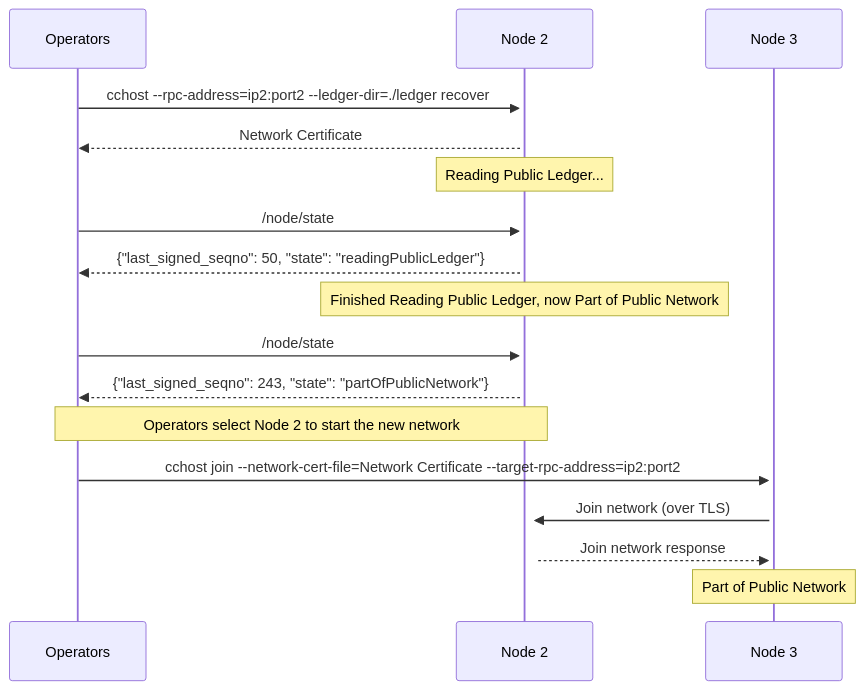
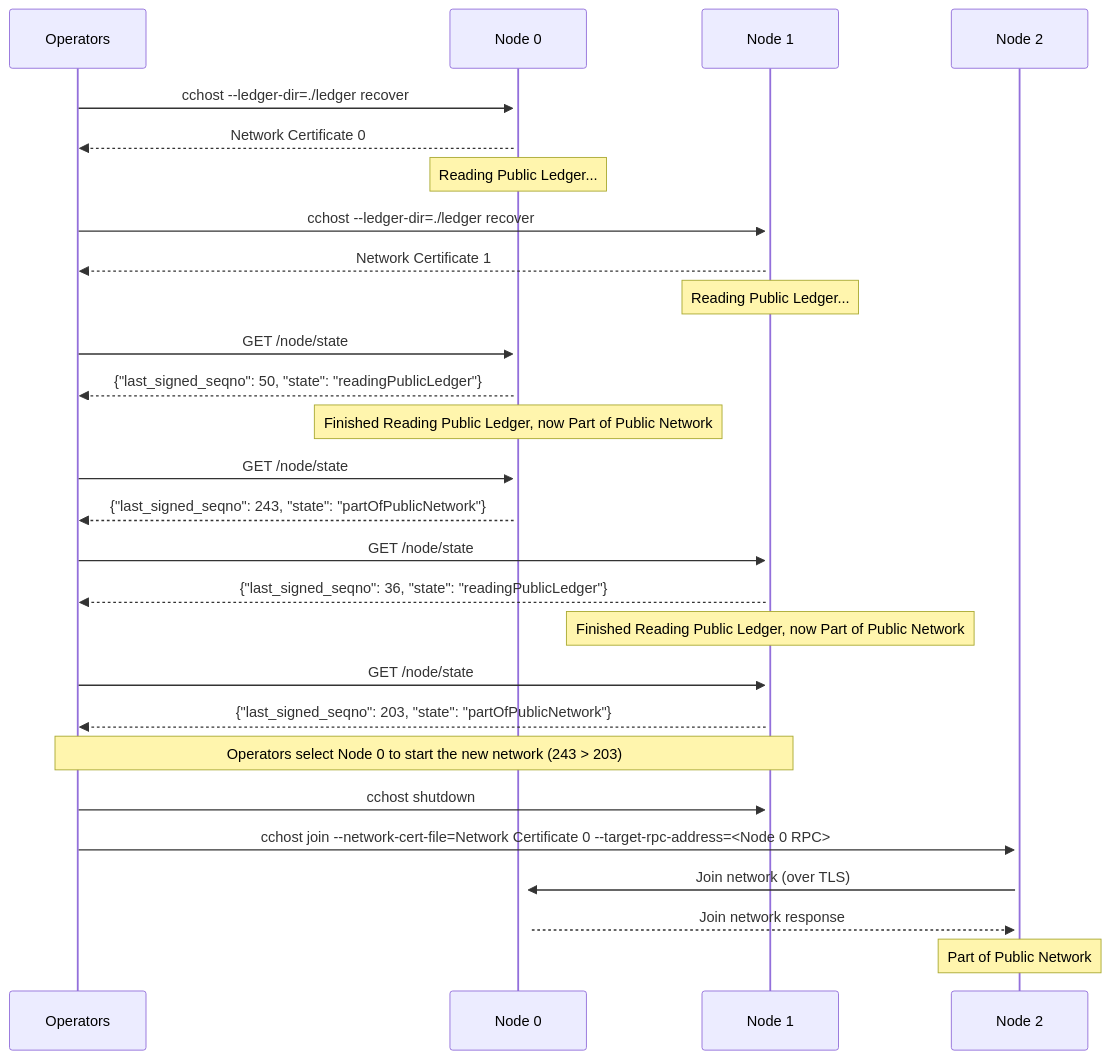
The third of 3 diagrams in doc/operations/recovery.rst (microsoft/CCF), drawn with Mermaid before and after one commit. The commit also changed other lines of this file and 3 other files, not shown here.

```diff
--- a/doc/operations/recovery.rst
+++ b/doc/operations/recovery.rst
@@ -58,24 +71,36 @@
 .. mermaid::
 
     sequenceDiagram
         participant Operators
+        participant Node 0
+        participant Node 1
         participant Node 2
-        participant Node 3
 
-        Operators->>+Node 2: cchost --rpc-address=ip2:port2 --ledger-dir=./ledger recover
-        Node 2-->>Operators: Network Certificate
-        Note over Node 2: Reading Public Ledger...
+        Operators->>+Node 0: cchost --ledger-dir=./ledger recover
+        Node 0-->>Operators: Network Certificate 0
+        Note over Node 0: Reading Public Ledger...
 
-        Operators->>+Node 2: /node/state
-        Node 2-->>Operators: {"last_signed_seqno": 50, "state": "readingPublicLedger"}
-        Note over Node 2: Finished Reading Public Ledger, now Part of Public Network
-        Operators->>Node 2: /node/state
-        Node 2-->>Operators: {"last_signed_seqno": 243, "state": "partOfPublicNetwork"}
+        Operators->>+Node 1: cchost --ledger-dir=./ledger recover
+        Node 1-->>Operators: Network Certificate 1
+        Note over Node 1: Reading Public Ledger...
 
-        Note over Operators, Node 2: Operators select Node 2 to start the new network
+        Operators->>+Node 0: GET /node/state
+        Node 0-->>Operators: {"last_signed_seqno": 50, "state": "readingPublicLedger"}
+        Note over Node 0: Finished Reading Public Ledger, now Part of Public Network
+        Operators->>Node 0: GET /node/state
+        Node 0-->>Operators: {"last_signed_seqno": 243, "state": "partOfPublicNetwork"}
 
-        Operators->>+Node 3: cchost join --network-cert-file=Network Certificate --target-rpc-address=ip2:port2
-        Node 3->>+Node 2: Join network (over TLS)
-        Node 2-->>Node 3: Join network response
+        Operators->>+Node 1: GET /node/state
+        Node 1-->>Operators: {"last_signed_seqno": 36, "state": "readingPublicLedger"}
+        Note over Node 1: Finished Reading Public Ledger, now Part of Public Network
+        Operators->>Node 1: GET /node/state
+        Node 1-->>Operators: {"last_signed_seqno": 203, "state": "partOfPublicNetwork"}
 
-        Note over Node 3: Part of Public Network
+        Note over Operators, Node 1: Operators select Node 0 to start the new network (243 > 203)
+
+        Operators->>+Node 1: cchost shutdown
+
+        Operators->>+Node 2: cchost join --network-cert-file=Network Certificate 0 --target-rpc-address=<Node 0 RPC>
+        Node 2->>+Node 0: Join network (over TLS)
+        Node 0-->>Node 2: Join network response
+        Note over Node 2: Part of Public Network
```
